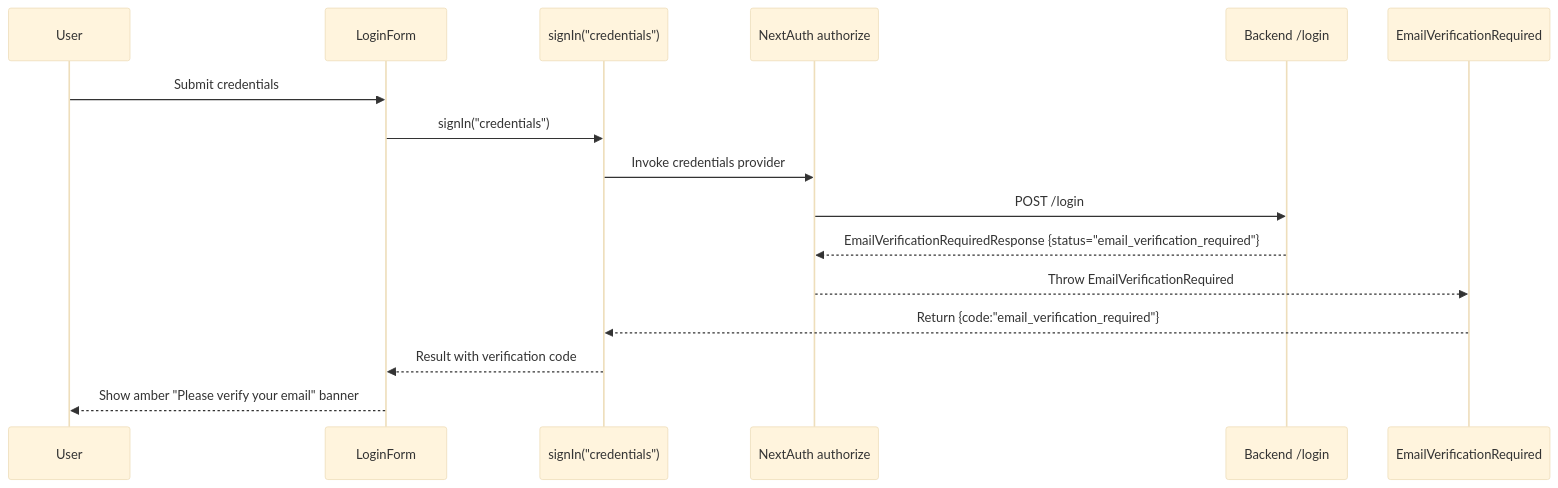
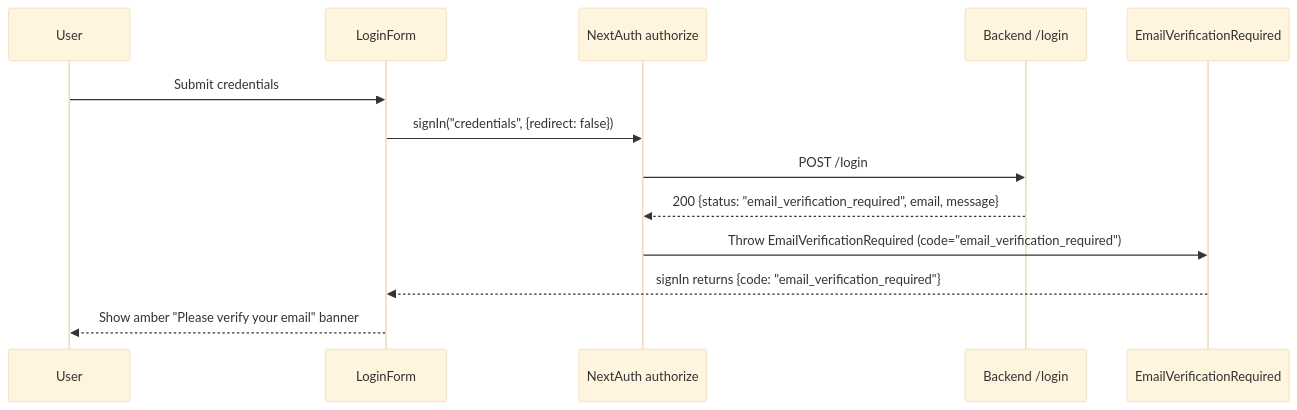
Before and after one commit to full-chaos/dev-health-web: the fourth of 16 diagrams in docs/auth-system.md, drawn with Mermaid (base theme). The commit also changed other lines of this file and 1 other file, not shown here.

First line of the commit message:
docs: add comprehensive user journey documentation with Mermaid diagrams

````diff
--- a/docs/auth-system.md
+++ b/docs/auth-system.md
@@ -91,19 +142,16 @@
 ```mermaid
 sequenceDiagram
     participant U as User
     participant LF as LoginForm
-    participant SI as signIn("credentials")
     participant NA as NextAuth authorize
     participant L as Backend /login
     participant ERR as EmailVerificationRequired
 
     U->>LF: Submit credentials
-    LF->>SI: signIn("credentials")
-    SI->>NA: Invoke credentials provider
+    LF->>NA: signIn("credentials", {redirect: false})
     NA->>L: POST /login
-    L-->>NA: EmailVerificationRequiredResponse {status="email_verification_required"}
-    NA-->>ERR: Throw EmailVerificationRequired
-    ERR-->>SI: Return {code:"email_verification_required"}
-    SI-->>LF: Result with verification code
+    L-->>NA: 200 {status: "email_verification_required", email, message}
+    NA->>ERR: Throw EmailVerificationRequired (code="email_verification_required")
+    ERR-->>LF: signIn returns {code: "email_verification_required"}
     LF-->>U: Show amber "Please verify your email" banner
 ```
````
